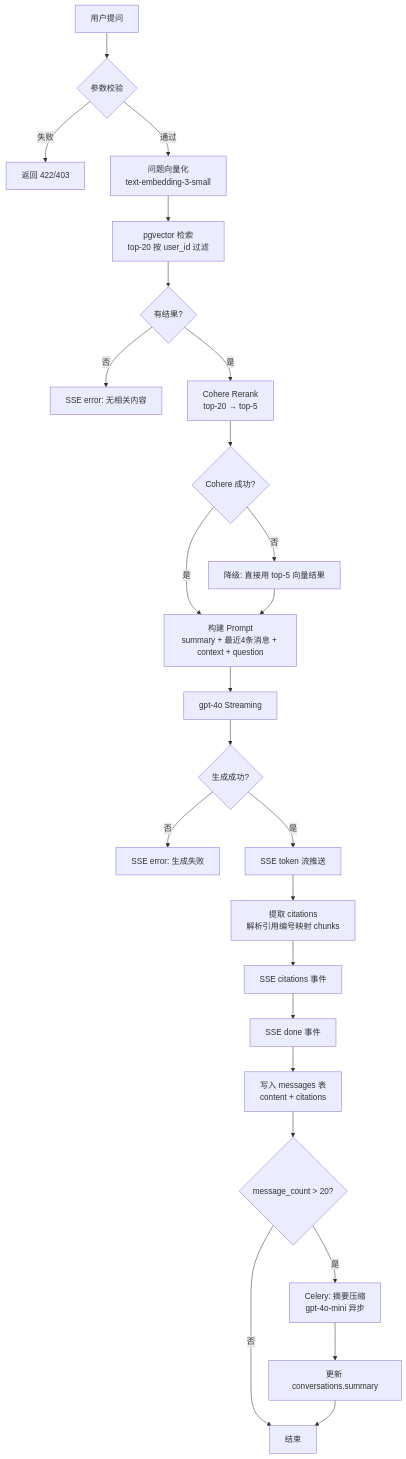
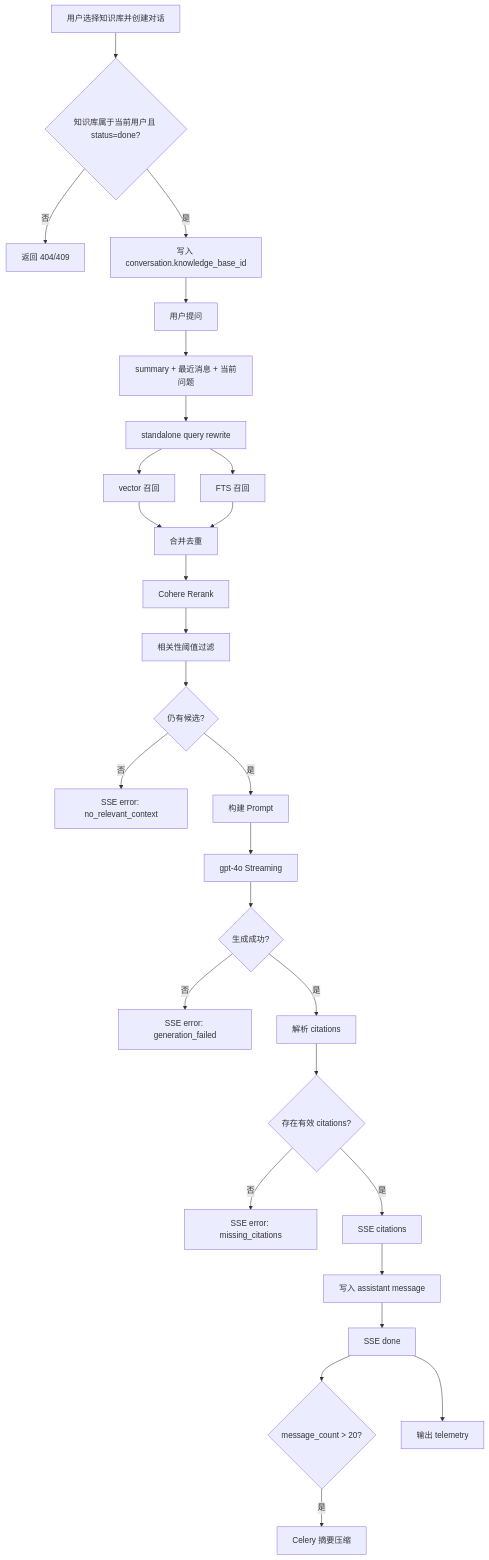
The diagram in spec/backend/qa.md (ren-meng-xue/offer-copilot), drawn with Mermaid before and after one commit. The commit also changed other lines of this file and 64 other files, not shown here.

````diff
--- a/spec/backend/qa.md
+++ b/spec/backend/qa.md
@@ -234,27 +318,30 @@
 ```mermaid
 flowchart TD
-    A[用户提问] --> B{参数校验}
-    B -- 失败 --> C[返回 422/403]
-    B -- 通过 --> D[问题向量化\ntext-embedding-3-small]
-    D --> E[pgvector 检索\ntop-20 按 user_id 过滤]
-    E --> F{有结果?}
-    F -- 否 --> G[SSE error: 无相关内容]
-    F -- 是 --> H[Cohere Rerank\ntop-20 → top-5]
-    H --> I{Cohere 成功?}
-    I -- 否 --> J[降级: 直接用 top-5 向量结果]
-    I -- 是 --> K[构建 Prompt\nsummary + 最近4条消息 + context + question]
-    J --> K
-    K --> L[gpt-4o Streaming]
-    L --> M{生成成功?}
-    M -- 否 --> N[SSE error: 生成失败]
-    M -- 是 --> O[SSE token 流推送]
-    O --> P[提取 citations\n解析引用编号映射 chunks]
-    P --> Q[SSE citations 事件]
-    Q --> R[SSE done 事件]
-    R --> S[写入 messages 表\ncontent + citations]
-    S --> T{message_count > 20?}
-    T -- 否 --> U[结束]
-    T -- 是 --> V[Celery: 摘要压缩\ngpt-4o-mini 异步]
-    V --> W[更新 conversations.summary]
-    W --> U
+    A[用户选择知识库并创建对话] --> B{知识库属于当前用户且 status=done?}
+    B -- 否 --> C[返回 404/409]
+    B -- 是 --> D[写入 conversation.knowledge_base_id]
+    D --> E[用户提问]
+    E --> F[summary + 最近消息 + 当前问题]
+    F --> G[standalone query rewrite]
+    G --> H[vector 召回]
+    G --> I[FTS 召回]
+    H --> J[合并去重]
+    I --> J
+    J --> K[Cohere Rerank]
+    K --> L[相关性阈值过滤]
+    L --> M{仍有候选?}
+    M -- 否 --> N[SSE error: no_relevant_context]
+    M -- 是 --> O[构建 Prompt]
+    O --> P[gpt-4o Streaming]
+    P --> Q{生成成功?}
+    Q -- 否 --> R[SSE error: generation_failed]
+    Q -- 是 --> S[解析 citations]
+    S --> T{存在有效 citations?}
+    T -- 否 --> U[SSE error: missing_citations]
+    T -- 是 --> V[SSE citations]
+    V --> W[写入 assistant message]
+    W --> X[SSE done]
+    X --> Y{message_count > 20?}
+    Y -- 是 --> Z[Celery 摘要压缩]
+    X --> AA[输出 telemetry]
 ```
````
